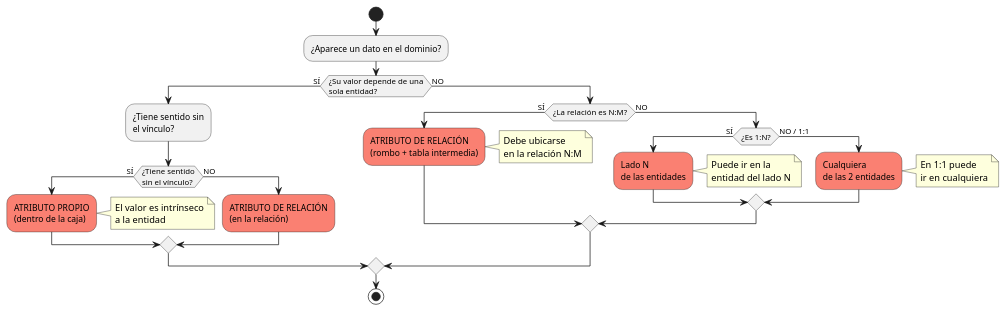
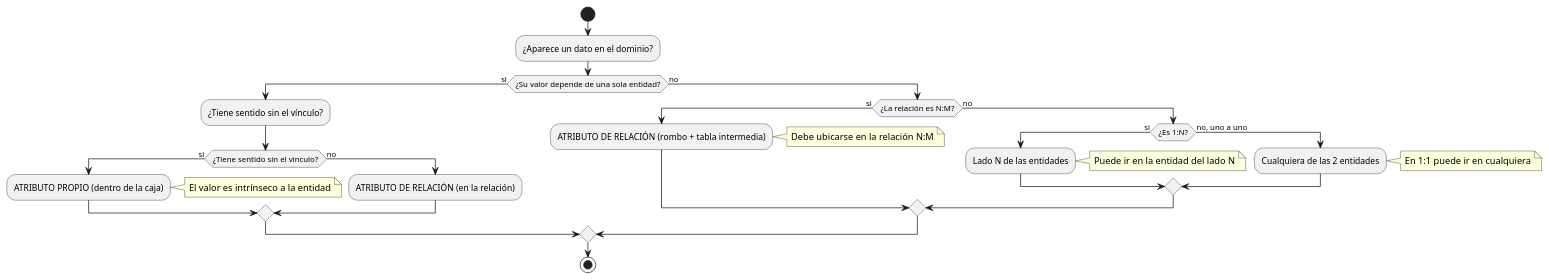
Before and after one commit to MancheWork/mis-apuntes: the third of 3 diagrams in content/Modelado/14_Atributos_Propios_vs_Relacion.md, drawn with PlantUML. The commit also changed 8 other files, not shown here.

Commit message:
Corregir sintaxis PlantUML que rompia el build de CI (230 diagramas OK)

````diff
--- a/content/Modelado/14_Atributos_Propios_vs_Relacion.md
+++ b/content/Modelado/14_Atributos_Propios_vs_Relacion.md
@@ -126,29 +126,29 @@
 ```plantuml
 @startuml
 start
 :¿Aparece un dato en el dominio?;
-if (¿Su valor depende de una\nsola entidad?) then (SÍ)
-  :¿Tiene sentido sin\nel vínculo?;
-  if (¿Tiene sentido\nsin el vínculo?) then (SÍ)
-    #salmon:ATRIBUTO PROPIO\n(dentro de la caja);
-    note right: El valor es intrínseco\na la entidad
-  else (NO)
-    #salmon:ATRIBUTO DE RELACIÓN\n(en la relación);
+if (¿Su valor depende de una sola entidad?) then (si)
+  :¿Tiene sentido sin el vínculo?;
+  if (¿Tiene sentido sin el vínculo?) then (si)
+    :ATRIBUTO PROPIO (dentro de la caja);
+    note right: El valor es intrínseco a la entidad
+  else (no)
+    :ATRIBUTO DE RELACIÓN (en la relación);
   endif
-else (NO)
-  if (¿La relación es N:M?) then (SÍ)
-    #salmon:ATRIBUTO DE RELACIÓN\n(rombo + tabla intermedia);
-    note right: Debe ubicarse\nen la relación N:M
-  else (NO)
-    if (¿Es 1:N?) then (SÍ)
-      #salmon:Lado N\nde las entidades;
-      note right: Puede ir en la\nentidad del lado N
-    else (NO / 1:1)
-      #salmon:Cualquiera\nde las 2 entidades;
-      note right: En 1:1 puede\nir en cualquiera
+else (no)
+  if (¿La relación es N:M?) then (si)
+    :ATRIBUTO DE RELACIÓN (rombo + tabla intermedia);
+    note right: Debe ubicarse en la relación N:M
+  else (no)
+    if (¿Es 1:N?) then (si)
+      :Lado N de las entidades;
+      note right: Puede ir en la entidad del lado N
+    else (no, uno a uno)
+      :Cualquiera de las 2 entidades;
+      note right: En 1:1 puede ir en cualquiera
     endif
   endif
 endif
 stop
 @enduml
 ```
````
